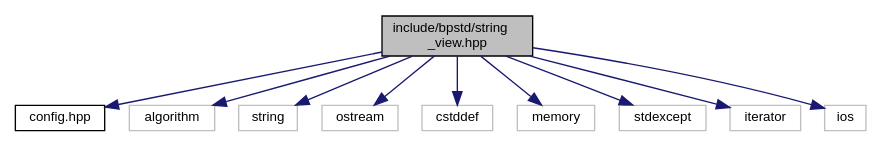
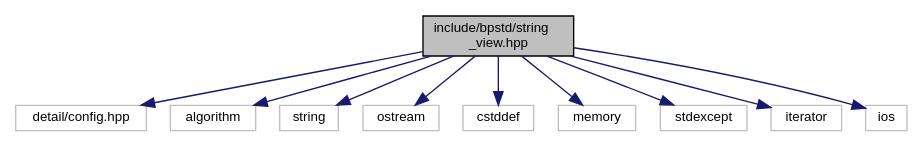
Before and after one commit to bitwizeshift/BackportCpp: the diagram in api/latest/d2/d95/string__view_8hpp__incl.dot, drawn with Graphviz. The commit also changed 67 other files, not shown here.

```diff
--- a/api/latest/d2/d95/string__view_8hpp__incl.dot
+++ b/api/latest/d2/d95/string__view_8hpp__incl.dot
@@ -1,24 +1,24 @@
 digraph "include/bpstd/string_view.hpp"
 {
   edge [fontname="Helvetica",fontsize="10",labelfontname="Helvetica",labelfontsize="10"];
   node [fontname="Helvetica",fontsize="10",shape=record];
   Node0 [label="include/bpstd/string\l_view.hpp",height=0.2,width=0.4,color="black", fillcolor="grey75", style="filled", fontcolor="black"];
   Node0 -> Node1 [color="midnightblue",fontsize="10",style="solid",fontname="Helvetica"];
-  Node1 [label="config.hpp",height=0.2,width=0.4,color="black", fillcolor="white", style="filled",URL="$d8/dfd/config_8hpp.html",tooltip="This header provides configuration data for the bpstd library. "];
+  Node1 [label="detail/config.hpp",height=0.2,width=0.4,color="grey75", fillcolor="white", style="filled"];
   Node0 -> Node2 [color="midnightblue",fontsize="10",style="solid",fontname="Helvetica"];
   Node2 [label="algorithm",height=0.2,width=0.4,color="grey75", fillcolor="white", style="filled"];
   Node0 -> Node3 [color="midnightblue",fontsize="10",style="solid",fontname="Helvetica"];
   Node3 [label="string",height=0.2,width=0.4,color="grey75", fillcolor="white", style="filled"];
   Node0 -> Node4 [color="midnightblue",fontsize="10",style="solid",fontname="Helvetica"];
   Node4 [label="ostream",height=0.2,width=0.4,color="grey75", fillcolor="white", style="filled"];
   Node0 -> Node5 [color="midnightblue",fontsize="10",style="solid",fontname="Helvetica"];
   Node5 [label="cstddef",height=0.2,width=0.4,color="grey75", fillcolor="white", style="filled"];
   Node0 -> Node6 [color="midnightblue",fontsize="10",style="solid",fontname="Helvetica"];
   Node6 [label="memory",height=0.2,width=0.4,color="grey75", fillcolor="white", style="filled"];
   Node0 -> Node7 [color="midnightblue",fontsize="10",style="solid",fontname="Helvetica"];
   Node7 [label="stdexcept",height=0.2,width=0.4,color="grey75", fillcolor="white", style="filled"];
   Node0 -> Node8 [color="midnightblue",fontsize="10",style="solid",fontname="Helvetica"];
   Node8 [label="iterator",height=0.2,width=0.4,color="grey75", fillcolor="white", style="filled"];
   Node0 -> Node9 [color="midnightblue",fontsize="10",style="solid",fontname="Helvetica"];
   Node9 [label="ios",height=0.2,width=0.4,color="grey75", fillcolor="white", style="filled"];
 }
```
